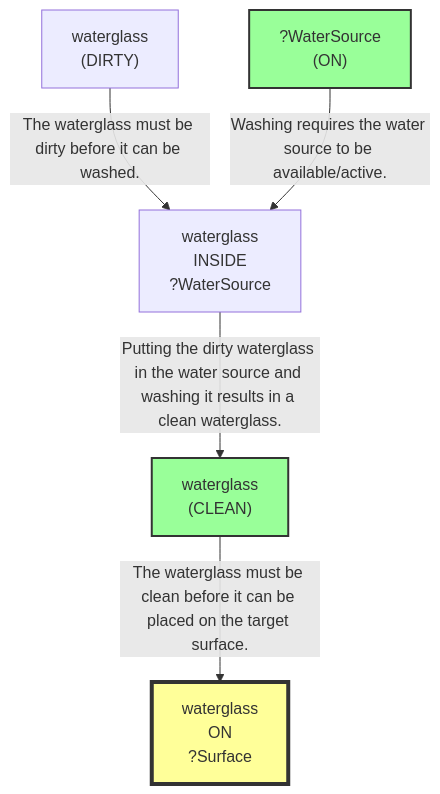
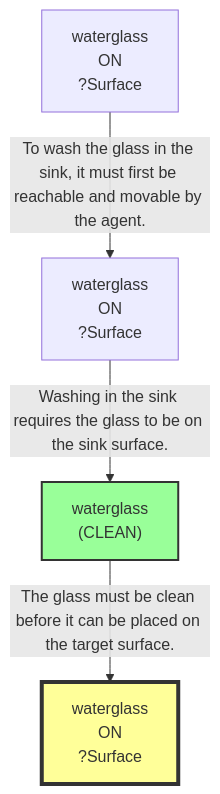
One commit to scuama/virtualhome changed the fifth of 6 diagrams in agent/results/success/P3_13/run_P3_13.md. Above: the diagram before and after it, drawn with Mermaid. The commit also changed other lines of this file and 7 other files, not shown here.

````diff
--- a/agent/results/success/P3_13/run_P3_13.md
+++ b/agent/results/success/P3_13/run_P3_13.md
@@ -339,15 +270,12 @@
 ```mermaid
 graph TD
     N1["waterglass<br>ON<br>?Surface"]
     style N1 fill:#ff9,stroke:#333,stroke-width:4px
-    N2["waterglass<br>INSIDE<br>?WaterSource"]
-    N3["waterglass<br>(CLEAN)"]
-    style N3 fill:#9f9,stroke:#333,stroke-width:2px
-    N4["waterglass<br>(DIRTY)"]
-    N5["?WaterSource<br>(ON)"]
-    style N5 fill:#9f9,stroke:#333,stroke-width:2px
-    N4 -->|"The waterglass must be dirty before it can be washed."| N2
-    N5 -->|"Washing requires the water source to be available/active."| N2
-    N2 -->|"Putting the dirty waterglass in the water source and washing it results in a clean waterglass."| N3
-    N3 -->|"The waterglass must be clean before it can be placed on the target surface."| N1
+    N2["waterglass<br>(CLEAN)"]
+    style N2 fill:#9f9,stroke:#333,stroke-width:2px
+    N3["waterglass<br>ON<br>?Surface"]
+    N4["waterglass<br>ON<br>?Surface"]
+    N2 -->|"The glass must be clean before it can be placed on the target surface."| N1
+    N3 -->|"Washing in the sink requires the glass to be on the sink surface."| N2
+    N4 -->|"To wash the glass in the sink, it must first be reachable and movable by the agent."| N3
 ```
````
